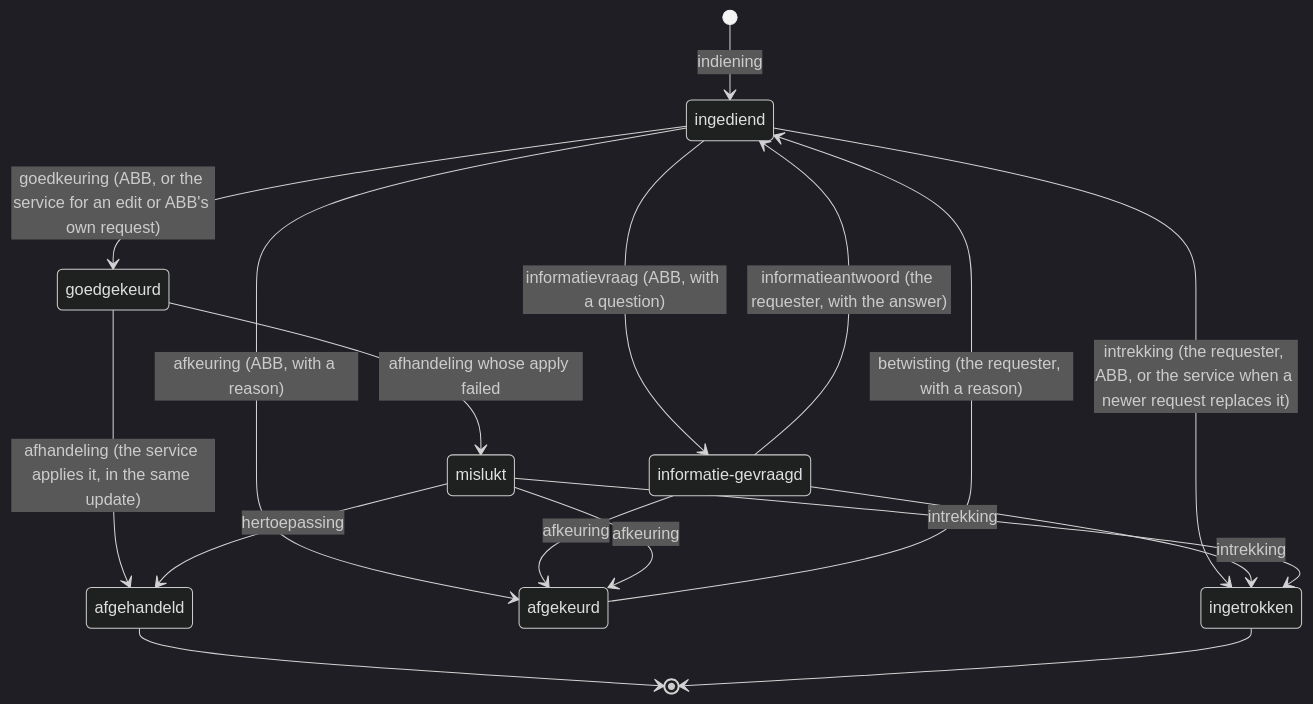
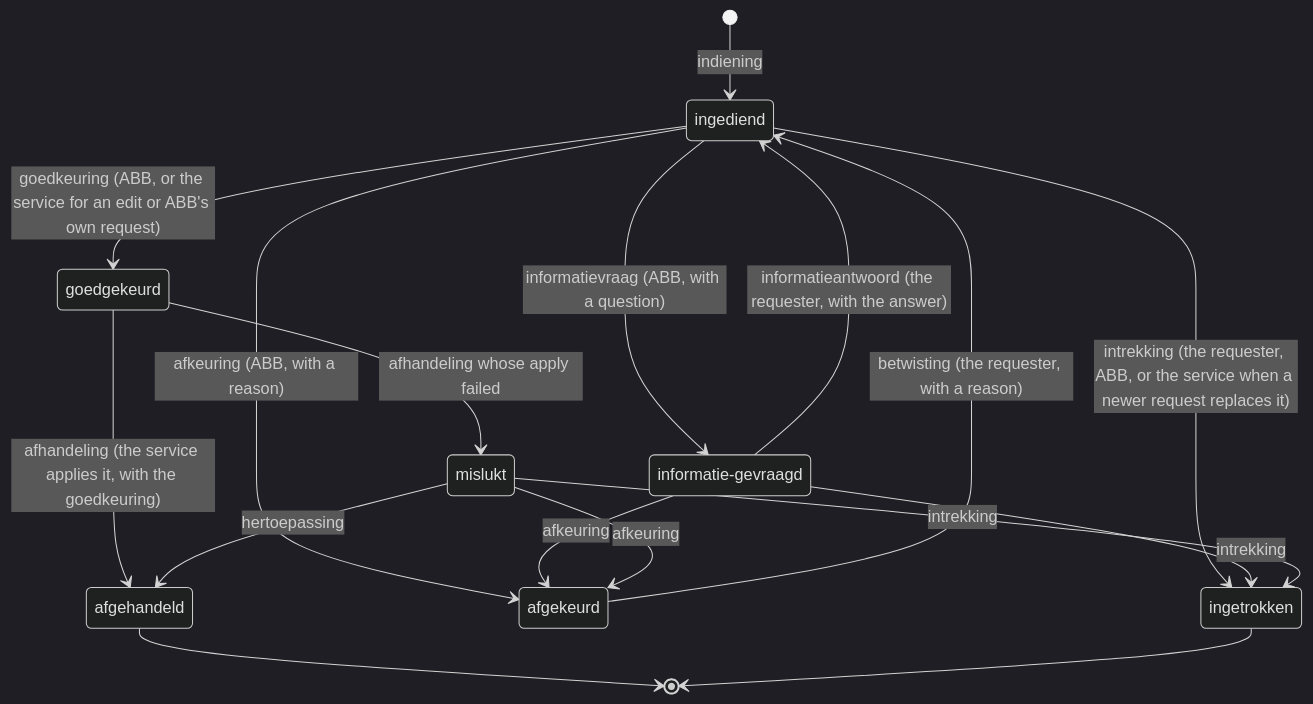
Before and after one commit to lblod/change-request-service: the second of 5 diagrams in README.md, drawn with Mermaid (dark theme). The commit also changed other lines of this file and 5 other files, not shown here.

````diff
--- a/README.md
+++ b/README.md
@@ -67,20 +79,20 @@
 ```mermaid
 stateDiagram-v2
   [*] --> ingediend: indiening
   state "informatie-gevraagd" as informatie_gevraagd
   ingediend --> informatie_gevraagd: informatievraag (ABB, with a question)
   informatie_gevraagd --> ingediend: informatieantwoord (the requester, with the answer)
   ingediend --> goedgekeurd: goedkeuring (ABB, or the service for an edit or ABB's own request)
-  goedgekeurd --> afgehandeld: afhandeling (the service applies it, in the same update)
+  goedgekeurd --> afgehandeld: afhandeling (the service applies it, with the goedkeuring)
   goedgekeurd --> mislukt: afhandeling whose apply failed
   ingediend --> afgekeurd: afkeuring (ABB, with a reason)
   informatie_gevraagd --> afgekeurd: afkeuring
   afgekeurd --> ingediend: betwisting (the requester, with a reason)
   ingediend --> ingetrokken: intrekking (the requester, ABB, or the service when a newer request replaces it)
   informatie_gevraagd --> ingetrokken: intrekking
   mislukt --> afgehandeld: hertoepassing
   mislukt --> afgekeurd: afkeuring
   mislukt --> ingetrokken: intrekking
   afgehandeld --> [*]
   ingetrokken --> [*]
 ```
````
